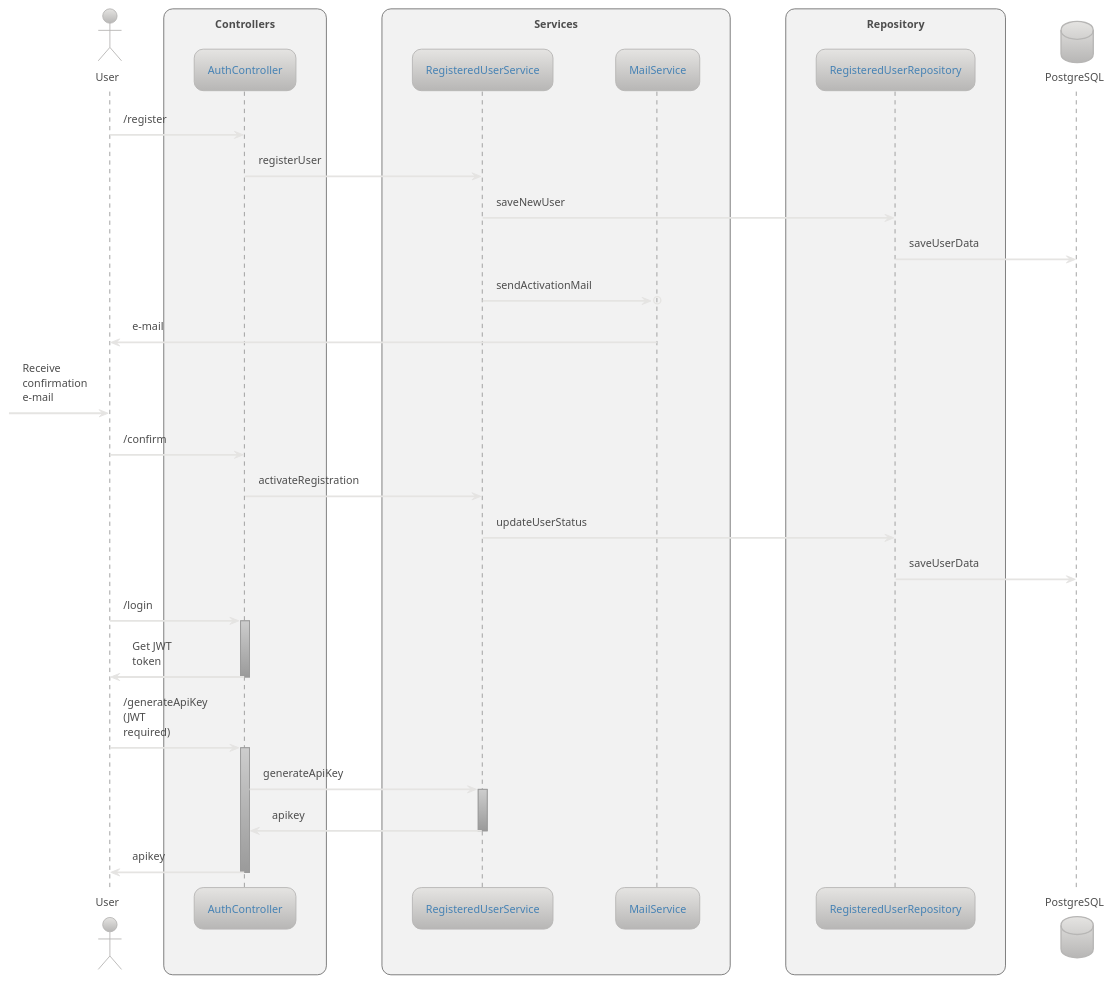
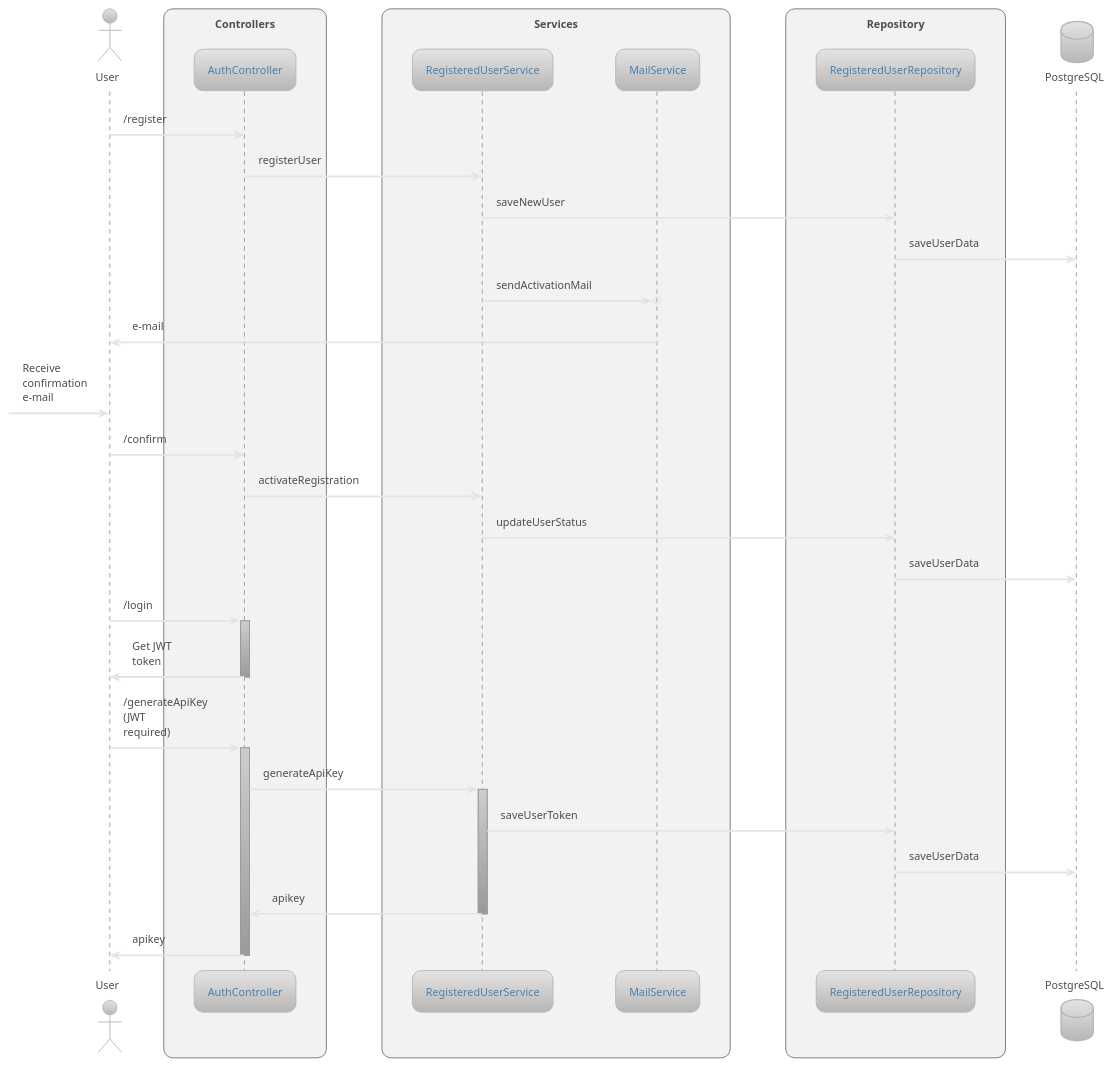
Before and after one commit to Viterg/stocks-feed: the diagram in docs/Authentication.puml, drawn with PlantUML. The commit also changed 29 other files, not shown here.

```diff
--- a/docs/Authentication.puml
+++ b/docs/Authentication.puml
@@ -1,50 +1,52 @@
 @startuml
 !theme metal
 skinparam sequenceArrowThickness 2
 skinparam roundcorner 20
 skinparam maxmessagesize 60
 
 actor User
 database PostgreSQL as P order 90
 
 box "Controllers"
 participant AuthController as AC
 end box
 
 box "Services"
 participant RegisteredUserService as RUS
 participant MailService as MS
 end box
 
 box "Repository"
 participant RegisteredUserRepository as RUR
 end box
 
 User -> AC: /register
 AC -> RUS: registerUser
 RUS -> RUR: saveNewUser
 RUR -> P: saveUserData
 RUS ->o MS: sendActivationMail
 MS -> User: e-mail
 
 -> User: Receive confirmation e-mail
 User -> AC: /confirm
 AC -> RUS: activateRegistration
 RUS -> RUR: updateUserStatus
 RUR -> P: saveUserData
 
 User -> AC: /login
 activate AC
 AC -> User: Get JWT token
 deactivate AC
 
 User -> AC: /generateApiKey (JWT required)
 activate AC
 AC -> RUS: generateApiKey
 activate RUS
+RUS -> RUR: saveUserToken
+RUR -> P: saveUserData
 RUS -> AC: apikey
 deactivate RUS
 AC -> User: apikey
 deactivate AC
 
 @enduml
```
